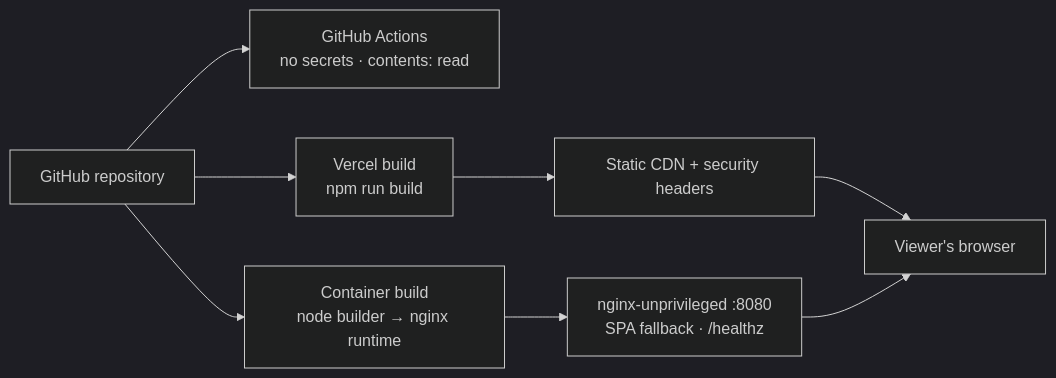
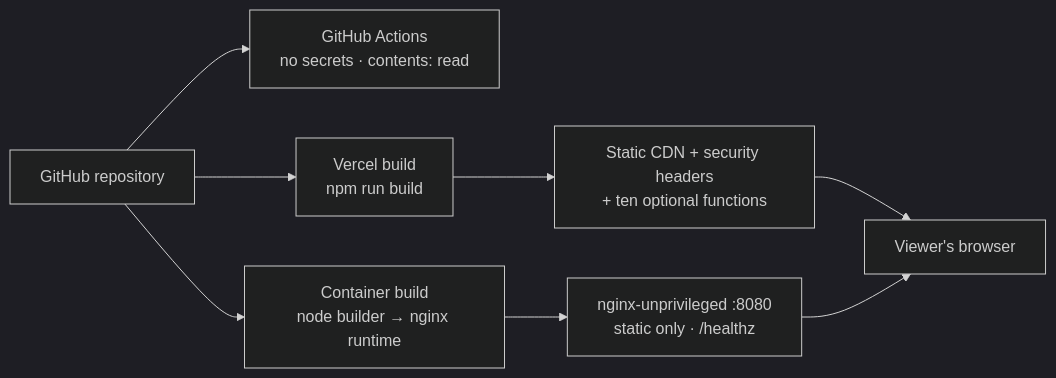
One commit to topherchris420/lop-nur-twin changed the fourth of 4 diagrams in docs/SYSTEM_ARCHITECTURE.md. Above: the diagram before and after it, drawn with Mermaid (dark theme). The commit also changed other lines of this file and 20 other files, not shown here.

````diff
--- a/docs/SYSTEM_ARCHITECTURE.md
+++ b/docs/SYSTEM_ARCHITECTURE.md
@@ -207,10 +315,10 @@
 ```mermaid
 flowchart LR
   repo["GitHub repository"] --> ci["GitHub Actions<br/>no secrets · contents: read"]
   repo --> vercel["Vercel build<br/>npm run build"]
   repo --> docker["Container build<br/>node builder → nginx runtime"]
-  vercel --> cdn["Static CDN + security headers"]
-  docker --> nginx["nginx-unprivileged :8080<br/>SPA fallback · /healthz"]
+  vercel --> cdn["Static CDN + security headers<br/>+ ten optional functions"]
+  docker --> nginx["nginx-unprivileged :8080<br/>static only · /healthz"]
   cdn --> browser["Viewer's browser"]
   nginx --> browser
 ```
````
